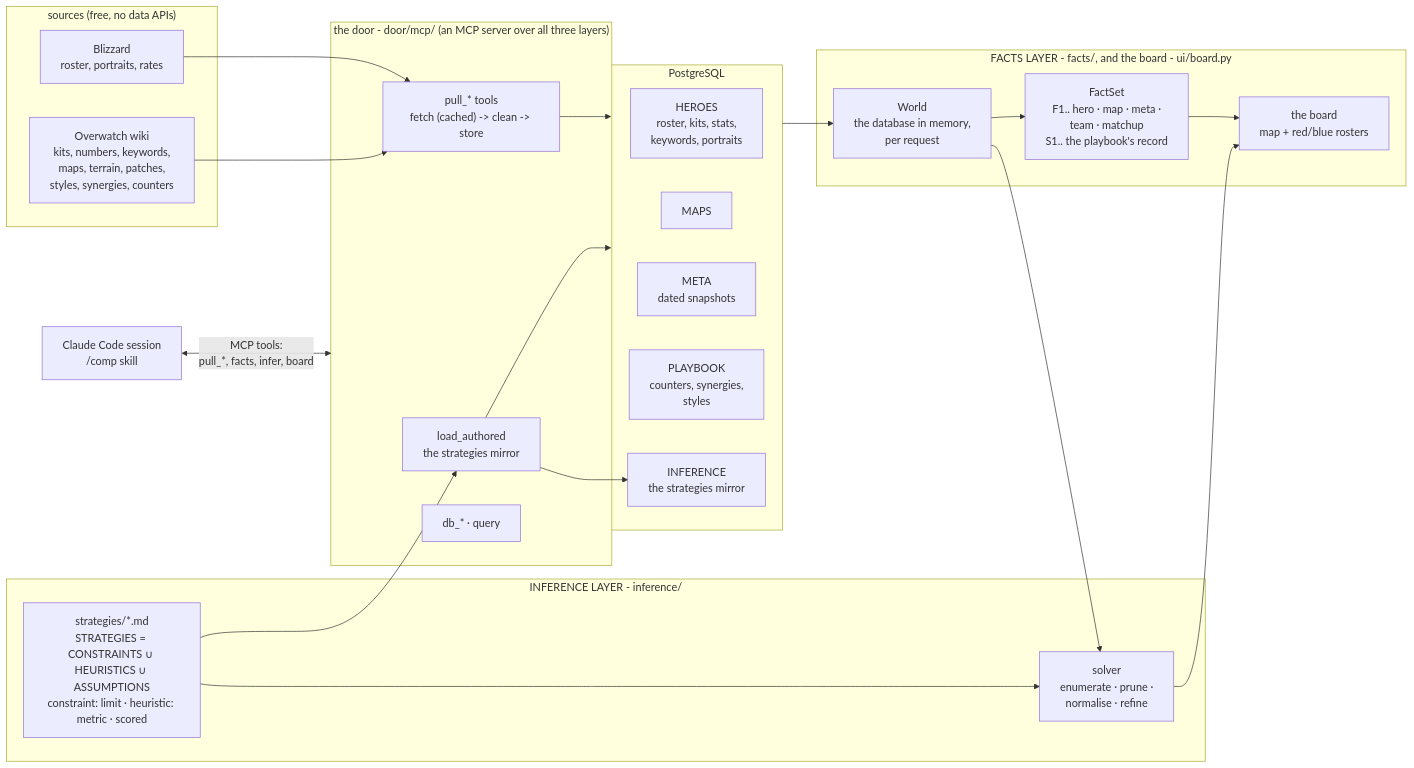
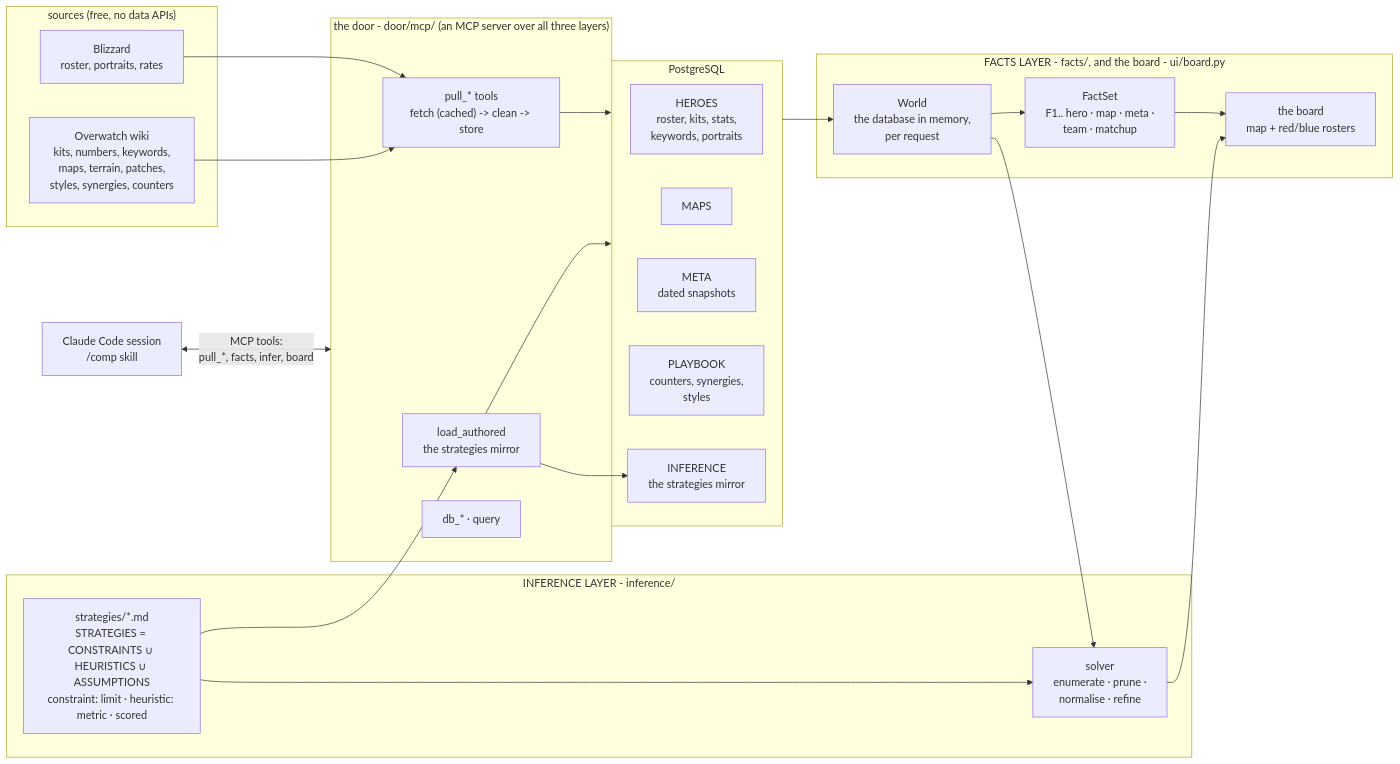
The first of 2 diagrams in docs/architecture.md (mmikol/countrix), drawn with Mermaid before and after one commit. The commit also changed other lines of this file and 32 other files, not shown here.

````diff
--- a/docs/architecture.md
+++ b/docs/architecture.md
@@ -55,42 +55,42 @@
 ```mermaid
 flowchart LR
     subgraph SOURCES["sources (free, no data APIs)"]
         BLZ["Blizzard<br/>roster, portraits, rates"]
         WIKI["Overwatch wiki<br/>kits, numbers, keywords,<br/>maps, terrain, patches,<br/>styles, synergies, counters"]
     end
 
     subgraph DATA["the door - door/mcp/ (an MCP server over all three layers)"]
         PULL["pull_* tools<br/>fetch (cached) -> clean -> store"]
         PLAY["load_authored<br/>the strategies mirror"]
         DBT["db_* · query"]
     end
 
     subgraph PG["PostgreSQL"]
         HEROES["HEROES<br/>roster, kits, stats,<br/>keywords, portraits"]
         MAPS["MAPS"]
         META["META<br/>dated snapshots"]
         PLAYBOOK["PLAYBOOK<br/>counters, synergies,<br/>styles"]
         INF["INFERENCE<br/>the strategies mirror"]
     end
 
     subgraph USER["FACTS LAYER - facts/, and the board - ui/board.py"]
         WORLD["World<br/>the database in memory,<br/>per request"]
-        FACTS["FactSet<br/>F1.. hero · map · meta ·<br/>team · matchup<br/>S1.. the playbook's record"]
+        FACTS["FactSet<br/>F1.. hero · map · meta ·<br/>team · matchup"]
         BOARD["the board<br/>map + red/blue rosters"]
     end
 
     subgraph INFER["INFERENCE LAYER - inference/"]
         HEUR["strategies/*.md<br/>STRATEGIES = CONSTRAINTS ∪ HEURISTICS ∪ ASSUMPTIONS<br/>constraint: limit · heuristic: metric · scored"]
         SOLVER["solver<br/>enumerate · prune ·<br/>normalise · refine"]
     end
 
     BLZ & WIKI --> PULL
     HEUR --> PLAY
     PLAY --> INF
     PULL & PLAY --> PG
     PG --> WORLD --> FACTS --> BOARD
     WORLD --> SOLVER
     HEUR --> SOLVER
     SOLVER --> BOARD
     CHAT["Claude Code session<br/>/comp skill"] <-->|"MCP tools:<br/>pull_*, facts, infer, board"| DATA
 ```
````
